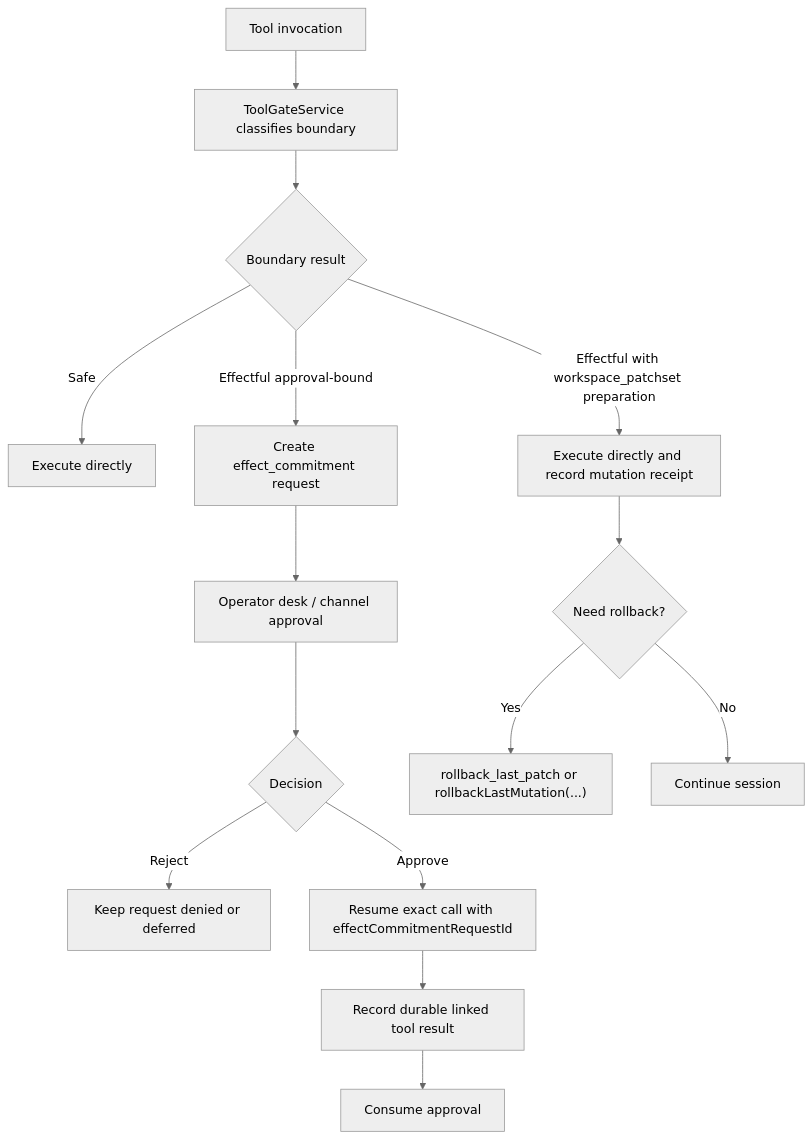
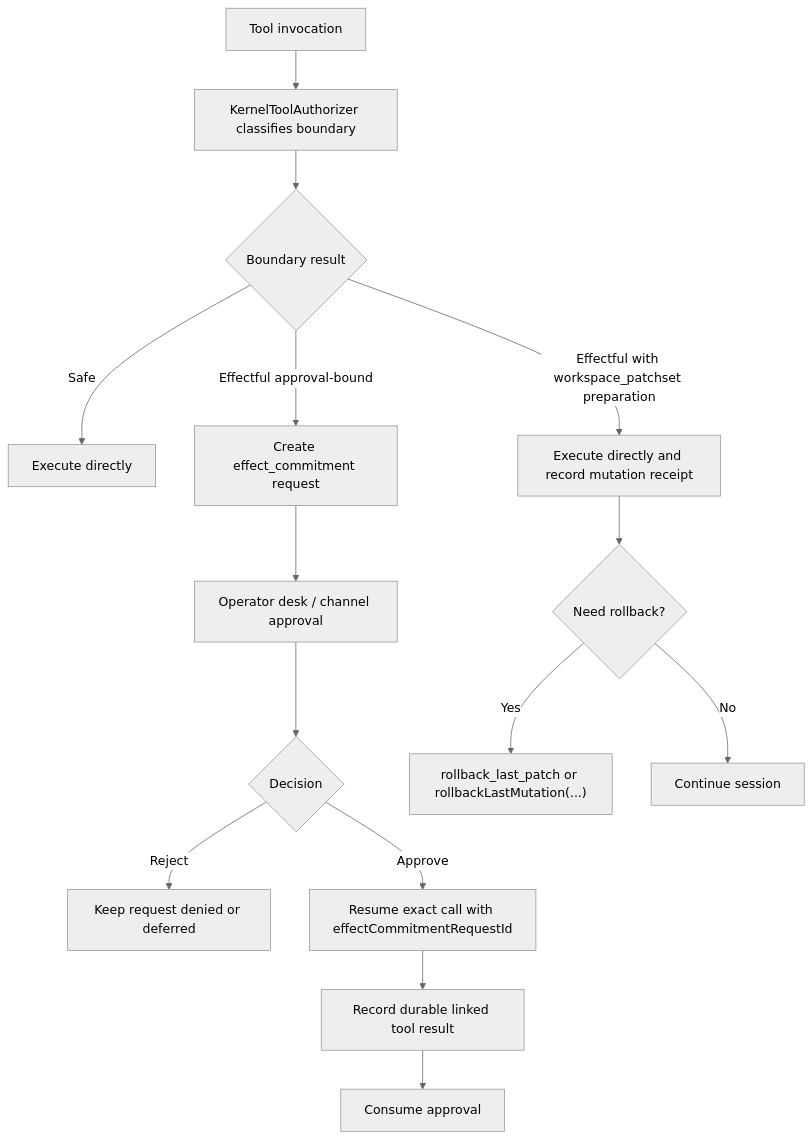
Before and after one commit to arcthur/brewva: the diagram in docs/journeys/operator/approval-and-rollback.md, drawn with Mermaid (neutral theme). The commit also changed other lines of this file and 1213 other files, not shown here.

````diff
--- a/docs/journeys/operator/approval-and-rollback.md
+++ b/docs/journeys/operator/approval-and-rollback.md
@@ -40,17 +40,17 @@
 ```mermaid
 flowchart TD
-  A["Tool invocation"] --> B["ToolGateService classifies boundary"]
+  A["Tool invocation"] --> B["KernelToolAuthorizer classifies boundary"]
   B --> C{"Boundary result"}
   C -->|Safe| D["Execute directly"]
   C -->|Effectful with workspace_patchset preparation| E["Execute directly and record mutation receipt"]
   C -->|Effectful approval-bound| F["Create effect_commitment request"]
   F --> G["Operator desk / channel approval"]
   G --> H{"Decision"}
   H -->|Reject| I["Keep request denied or deferred"]
   H -->|Approve| J["Resume exact call with effectCommitmentRequestId"]
   J --> K["Record durable linked tool result"]
   K --> L["Consume approval"]
   E --> M{"Need rollback?"}
   M -->|Yes| N["rollback_last_patch or rollbackLastMutation(...)"]
   M -->|No| O["Continue session"]
 ```
````
